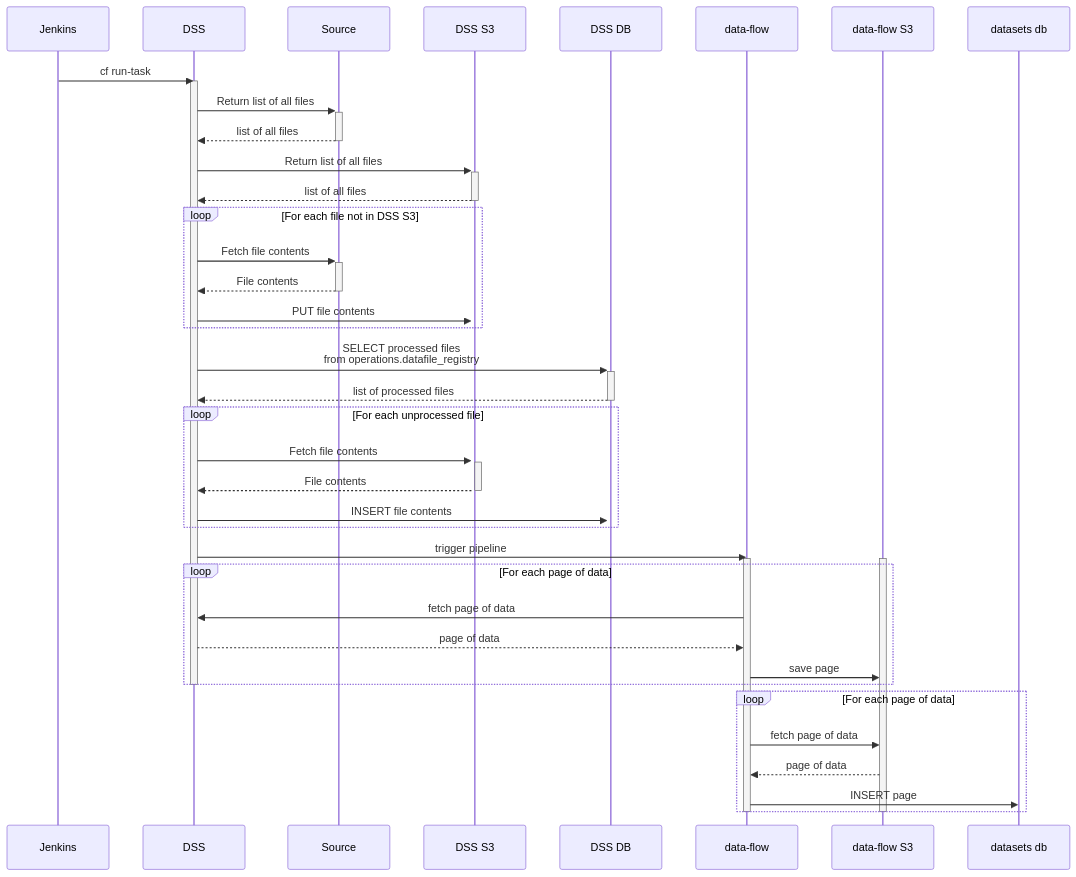
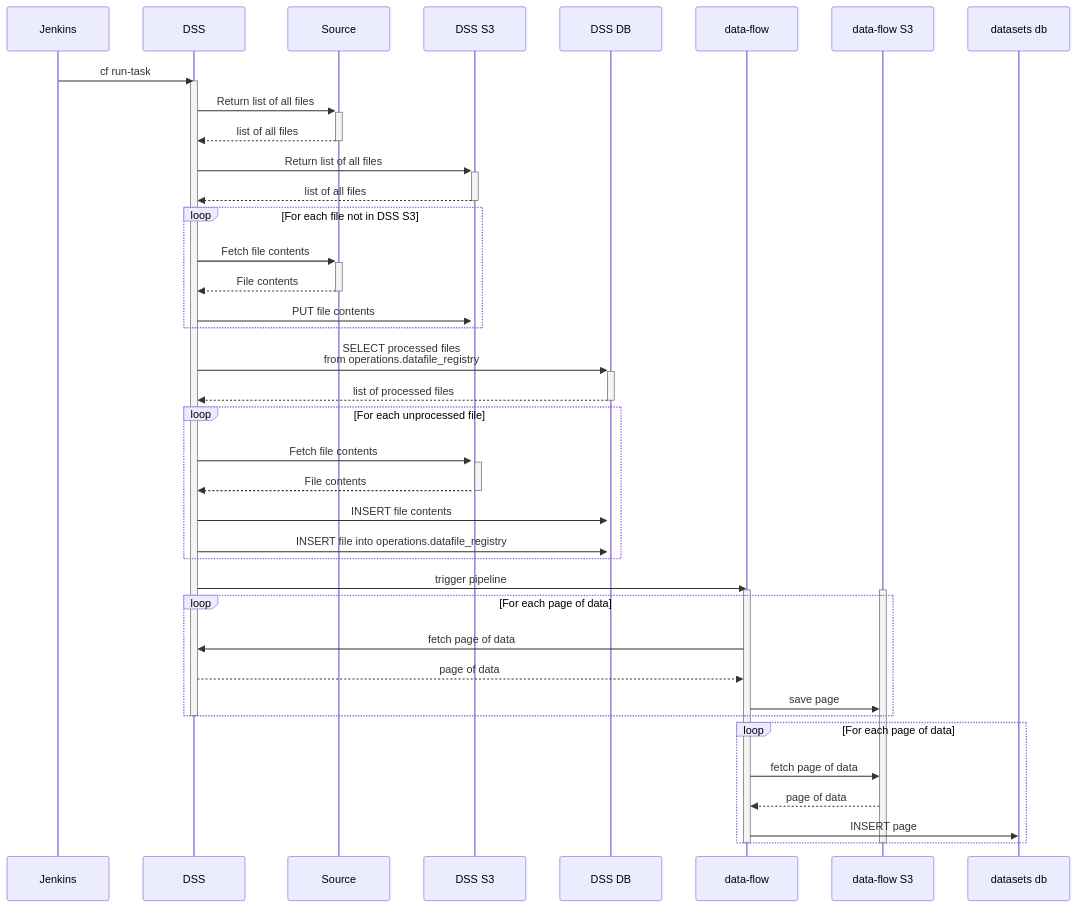
One commit to uktrade/data-store-service changed the diagram in README.md. Above: the diagram before and after it, drawn with Mermaid.

Commit message:
docs: make sure to include insert into registry

````diff
--- a/README.md
+++ b/README.md
@@ -10,43 +10,44 @@
 ```mermaid
 sequenceDiagram
     Jenkins ->> DSS: cf run-task
     activate DSS
     DSS ->>+ Source: Return list of all files
     Source -->>- DSS: list of all files
     DSS ->>+ DSS S3: Return list of all files
     DSS S3 -->>- DSS: list of all files
     loop For each file not in DSS S3
       DSS ->>+ Source: Fetch file contents
       Source -->>- DSS: File contents
       DSS ->>+ DSS S3: PUT file contents
     end
 
     DSS ->>+ DSS DB: SELECT processed files <br>from operations.datafile_registry
     DSS DB -->>- DSS: list of processed files
 
     loop For each unprocessed file
       DSS ->>+ DSS S3: Fetch file contents
       DSS S3 -->>- DSS: File contents
       DSS ->>+ DSS DB: INSERT file contents
+      DSS ->>+ DSS DB: INSERT file into operations.datafile_registry
     end
 
     DSS ->> data-flow: trigger pipeline
     activate data-flow
     activate data-flow S3
 
     loop For each page of data
        data-flow ->> DSS: fetch page of data
        DSS -->> data-flow: page of data
        data-flow ->> data-flow S3: save page
     end
     deactivate DSS
 
     loop For each page of data
        data-flow ->> data-flow S3: fetch page of data
        data-flow S3 -->> data-flow: page of data
        data-flow ->> datasets db: INSERT page
     end
 
     deactivate data-flow
     deactivate data-flow S3
 ```
````
